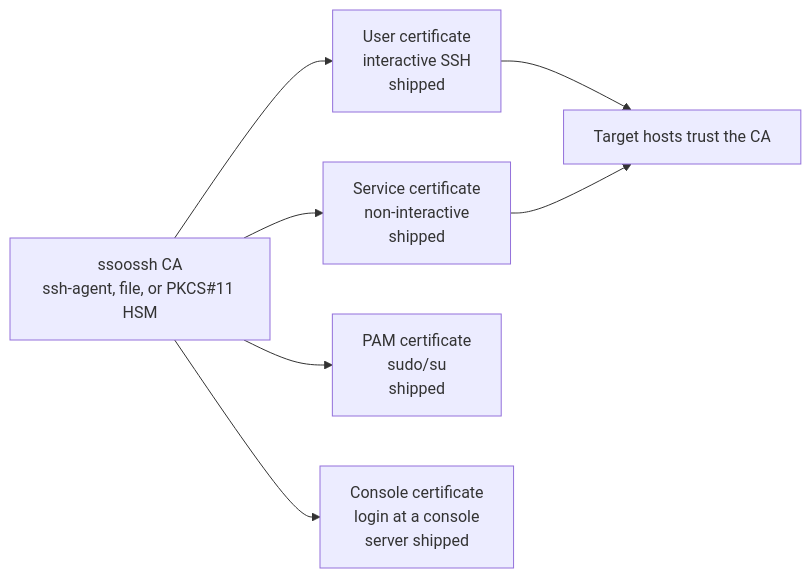
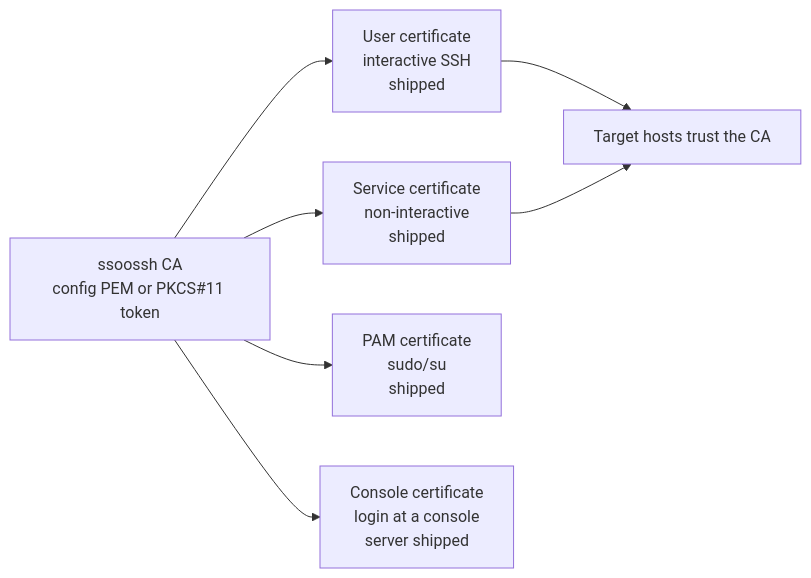
One commit to mnestor/ssoossh changed diagram 12 of 12 in docs/guide/flows.md. Above: the diagram before and after it, drawn with Mermaid. The commit also changed 56 other files, not shown here.

````diff
--- a/docs/guide/flows.md
+++ b/docs/guide/flows.md
@@ -370,10 +370,10 @@
 ```mermaid
 flowchart LR
-    CA["ssoossh CA<br/>ssh-agent, file, or PKCS#11 HSM"]
+    CA["ssoossh CA<br/>config PEM or PKCS#11 token"]
     CA --> U["User certificate<br/>interactive SSH<br/>shipped"]
     CA --> S["Service certificate<br/>non-interactive<br/>shipped"]
     CA --> P["PAM certificate<br/>sudo/su<br/>shipped"]
     CA --> C["Console certificate<br/>login at a console<br/>server shipped"]
     U --> T["Target hosts trust the CA"]
     S --> T
 ```
````
